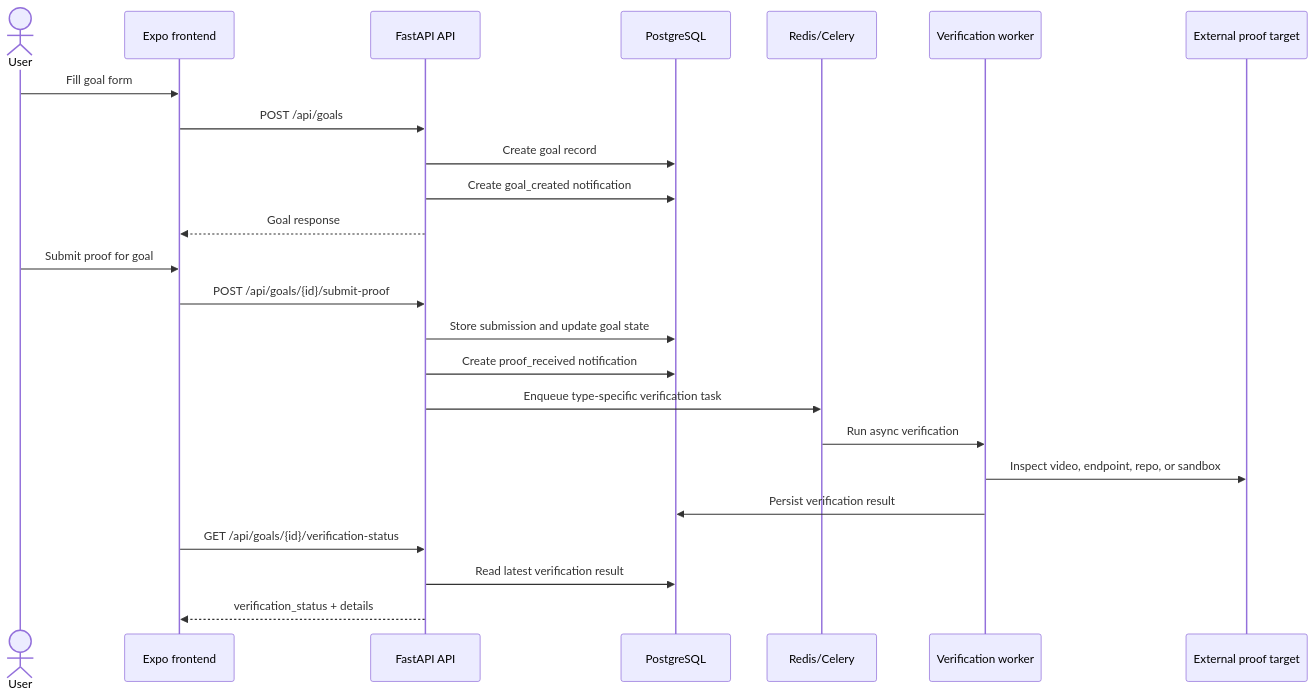
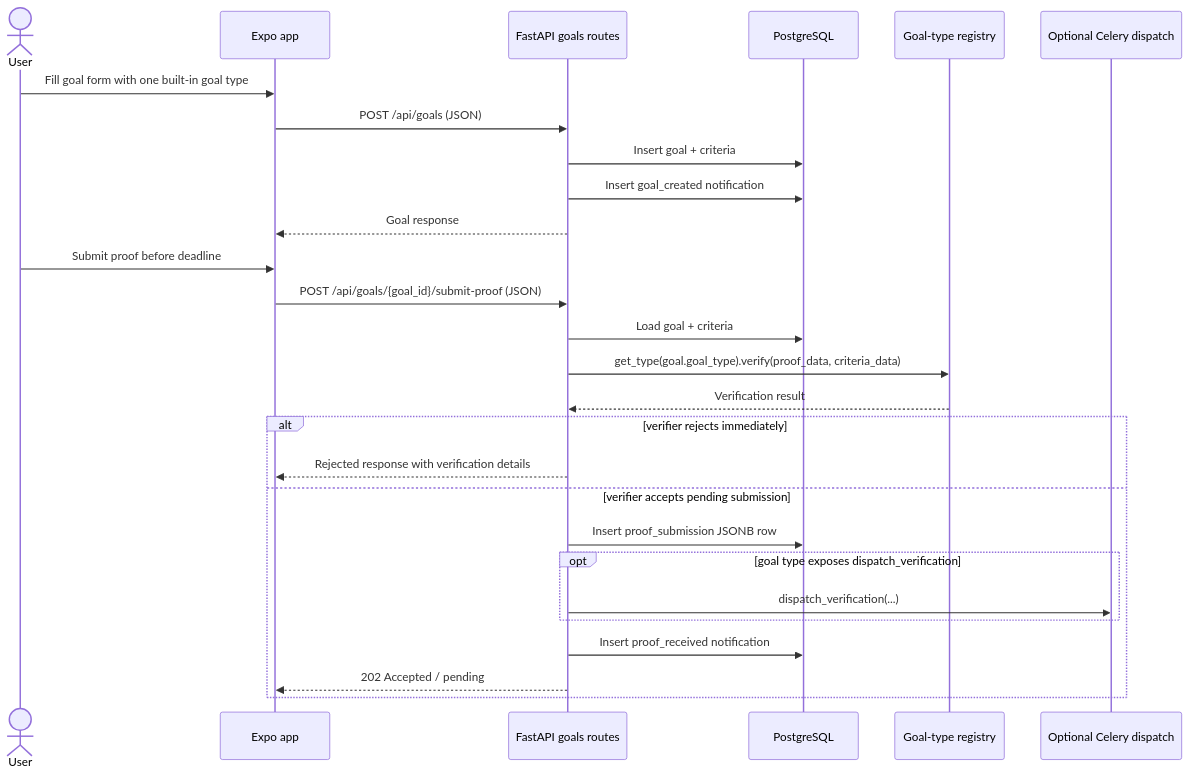
Before and after one commit to xvanov/sacrifice: the second of 2 diagrams in context/architecture-diagrams.md, drawn with Mermaid. The commit also changed other lines of this file and 14 other files, not shown here.

````diff
--- a/context/architecture-diagrams.md
+++ b/context/architecture-diagrams.md
@@ -33,29 +53,32 @@
 ```mermaid
 sequenceDiagram
     actor User
-    participant Frontend as Expo frontend
-    participant API as FastAPI API
+    participant App as Expo app
+    participant API as FastAPI goals routes
     participant DB as PostgreSQL
-    participant Queue as Redis/Celery
-    participant Worker as Verification worker
-    participant External as External proof target
+    participant Registry as Goal-type registry
+    participant Worker as Optional Celery dispatch
 
-    User->>Frontend: Fill goal form
-    Frontend->>API: POST /api/goals
-    API->>DB: Create goal record
-    API->>DB: Create goal_created notification
-    API-->>Frontend: Goal response
+    User->>App: Fill goal form with one built-in goal type
+    App->>API: POST /api/goals (JSON)
+    API->>DB: Insert goal + criteria
+    API->>DB: Insert goal_created notification
+    API-->>App: Goal response
 
-    User->>Frontend: Submit proof for goal
-    Frontend->>API: POST /api/goals/{id}/submit-proof
-    API->>DB: Store submission and update goal state
-    API->>DB: Create proof_received notification
-    API->>Queue: Enqueue type-specific verification task
-    Queue->>Worker: Run async verification
-    Worker->>External: Inspect video, endpoint, repo, or sandbox
-    Worker->>DB: Persist verification result
+    User->>App: Submit proof before deadline
+    App->>API: POST /api/goals/{goal_id}/submit-proof (JSON)
+    API->>DB: Load goal + criteria
+    API->>Registry: get_type(goal.goal_type).verify(proof_data, criteria_data)
+    Registry-->>API: Verification result
 
-    Frontend->>API: GET /api/goals/{id}/verification-status
-    API->>DB: Read latest verification result
-    API-->>Frontend: verification_status + details
+    alt verifier rejects immediately
+        API-->>App: Rejected response with verification details
+    else verifier accepts pending submission
+        API->>DB: Insert proof_submission JSONB row
+        opt goal type exposes dispatch_verification
+            API->>Worker: dispatch_verification(...)
+        end
+        API->>DB: Insert proof_received notification
+        API-->>App: 202 Accepted / pending
+    end
 ```
````
